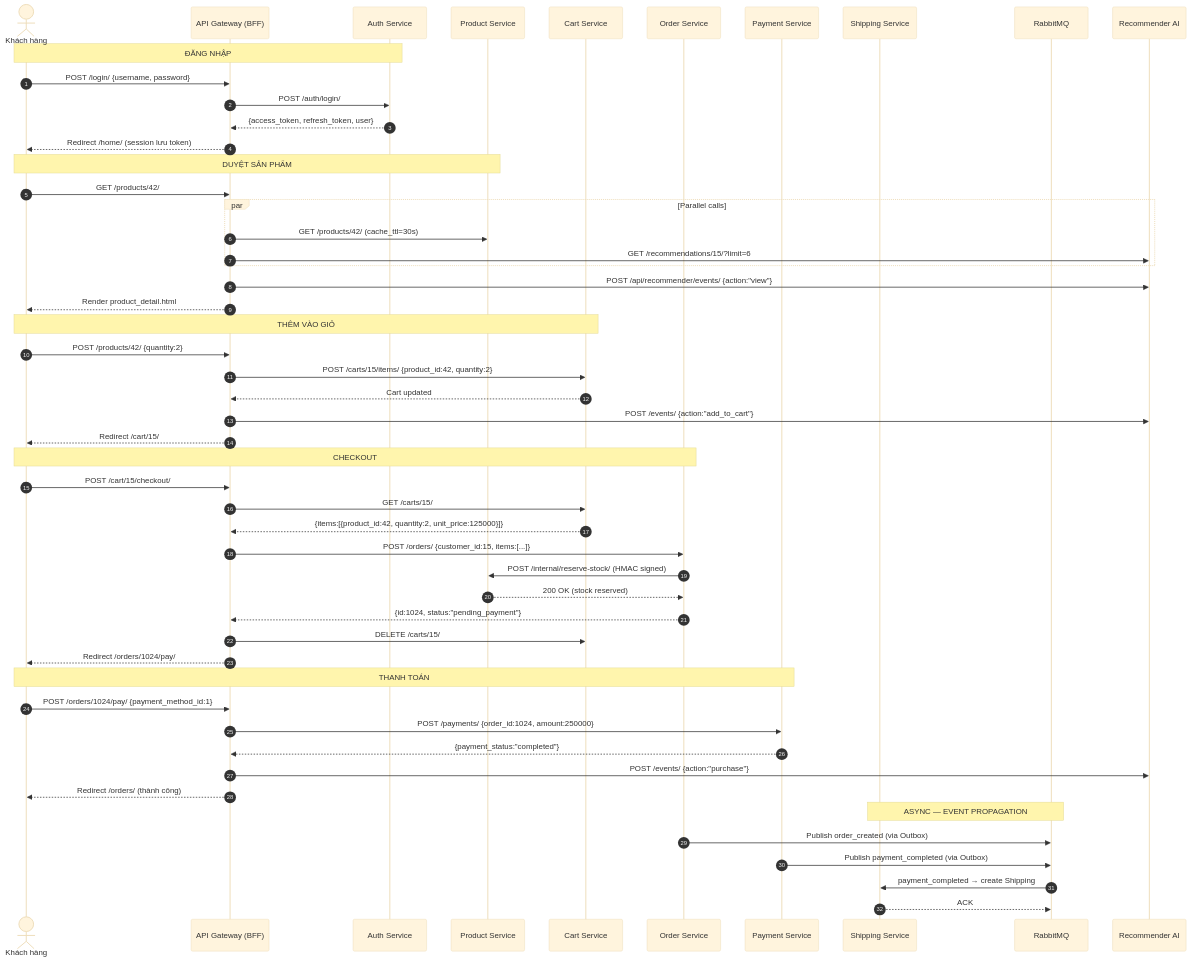
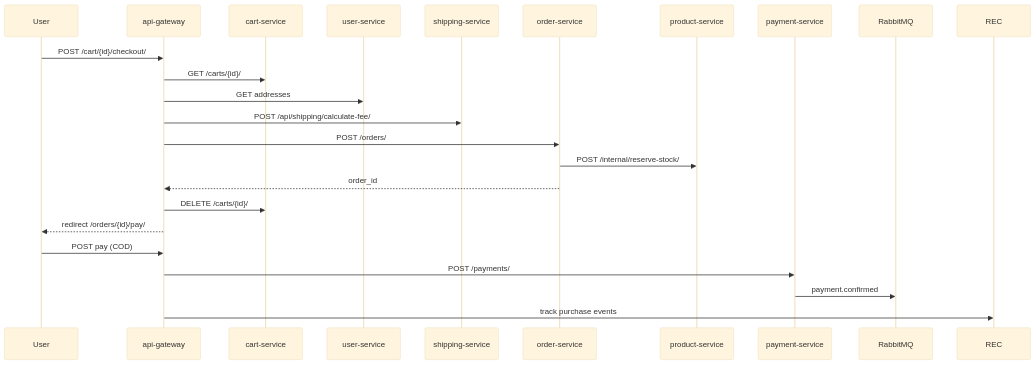
Before and after one commit to minhengdey/bookstore-microservice: the third of 11 diagrams in docs/CHUONG4_TAI_LIEU_TICH_HOP_VA_TRIEN_KHAI.md, drawn with Mermaid (base theme). The commit also changed other lines of this file and 21 other files, not shown here.

````diff
--- a/docs/CHUONG4_TAI_LIEU_TICH_HOP_VA_TRIEN_KHAI.md
+++ b/docs/CHUONG4_TAI_LIEU_TICH_HOP_VA_TRIEN_KHAI.md
@@ -1885,60 +296,26 @@
 ```mermaid
 sequenceDiagram
-    autonumber
-    actor User as Khách hàng
-    participant GW as API Gateway (BFF)
-    participant Auth as Auth Service
-    participant Prod as Product Service
-    participant Cart as Cart Service
-    participant Order as Order Service
-    participant Pay as Payment Service
-    participant Ship as Shipping Service
+    participant U as User
+    participant GW as api-gateway
+    participant C as cart-service
+    participant US as user-service
+    participant SH as shipping-service
+    participant O as order-service
+    participant P as product-service
+    participant PAY as payment-service
     participant MQ as RabbitMQ
-    participant Rec as Recommender AI
 
-    Note over User, Auth: ĐĂNG NHẬP
-    User->>GW: POST /login/ {username, password}
-    GW->>Auth: POST /auth/login/
-    Auth-->>GW: {access_token, refresh_token, user}
-    GW-->>User: Redirect /home/ (session lưu token)
-
-    Note over User, Prod: DUYỆT SẢN PHẨM
-    User->>GW: GET /products/42/
-    par Parallel calls
-        GW->>Prod: GET /products/42/ (cache_ttl=30s)
-        GW->>Rec: GET /recommendations/15/?limit=6
-    end
-    GW->>Rec: POST /api/recommender/events/ {action:"view"}
-    GW-->>User: Render product_detail.html
-
-    Note over User, Cart: THÊM VÀO GIỎ
-    User->>GW: POST /products/42/ {quantity:2}
-    GW->>Cart: POST /carts/15/items/ {product_id:42, quantity:2}
-    Cart-->>GW: Cart updated
-    GW->>Rec: POST /events/ {action:"add_to_cart"}
-    GW-->>User: Redirect /cart/15/
-
-    Note over User, Order: CHECKOUT
-    User->>GW: POST /cart/15/checkout/
-    GW->>Cart: GET /carts/15/
-    Cart-->>GW: {items:[{product_id:42, quantity:2, unit_price:125000}]}
-    GW->>Order: POST /orders/ {customer_id:15, items:[...]}
-    Order->>Prod: POST /internal/reserve-stock/ (HMAC signed)
-    Prod-->>Order: 200 OK (stock reserved)
-    Order-->>GW: {id:1024, status:"pending_payment"}
-    GW->>Cart: DELETE /carts/15/
-    GW-->>User: Redirect /orders/1024/pay/
-
-    Note over User, Pay: THANH TOÁN
-    User->>GW: POST /orders/1024/pay/ {payment_method_id:1}
-    GW->>Pay: POST /payments/ {order_id:1024, amount:250000}
-    Pay-->>GW: {payment_status:"completed"}
-    GW->>Rec: POST /events/ {action:"purchase"}
-    GW-->>User: Redirect /orders/ (thành công)
-
-    Note over MQ, Ship: ASYNC — EVENT PROPAGATION
-    Order->>MQ: Publish order_created (via Outbox)
-    Pay->>MQ: Publish payment_completed (via Outbox)
-    MQ->>Ship: payment_completed → create Shipping
-    Ship-->>MQ: ACK
+    U->>GW: POST /cart/{id}/checkout/
+    GW->>C: GET /carts/{id}/
+    GW->>US: GET addresses
+    GW->>SH: POST /api/shipping/calculate-fee/
+    GW->>O: POST /orders/
+    O->>P: POST /internal/reserve-stock/
+    O-->>GW: order_id
+    GW->>C: DELETE /carts/{id}/
+    GW-->>U: redirect /orders/{id}/pay/
+    U->>GW: POST pay (COD)
+    GW->>PAY: POST /payments/
+    PAY->>MQ: payment.confirmed
+    GW->>REC: track purchase events
 ```
````
